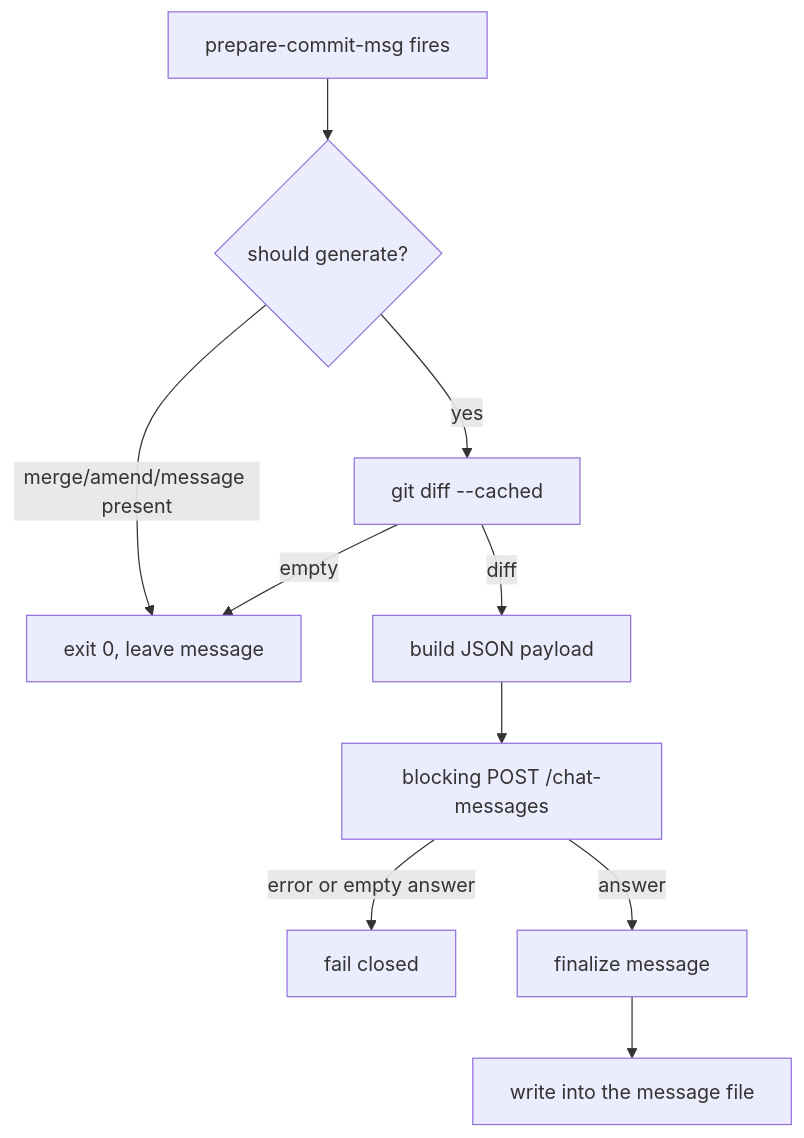
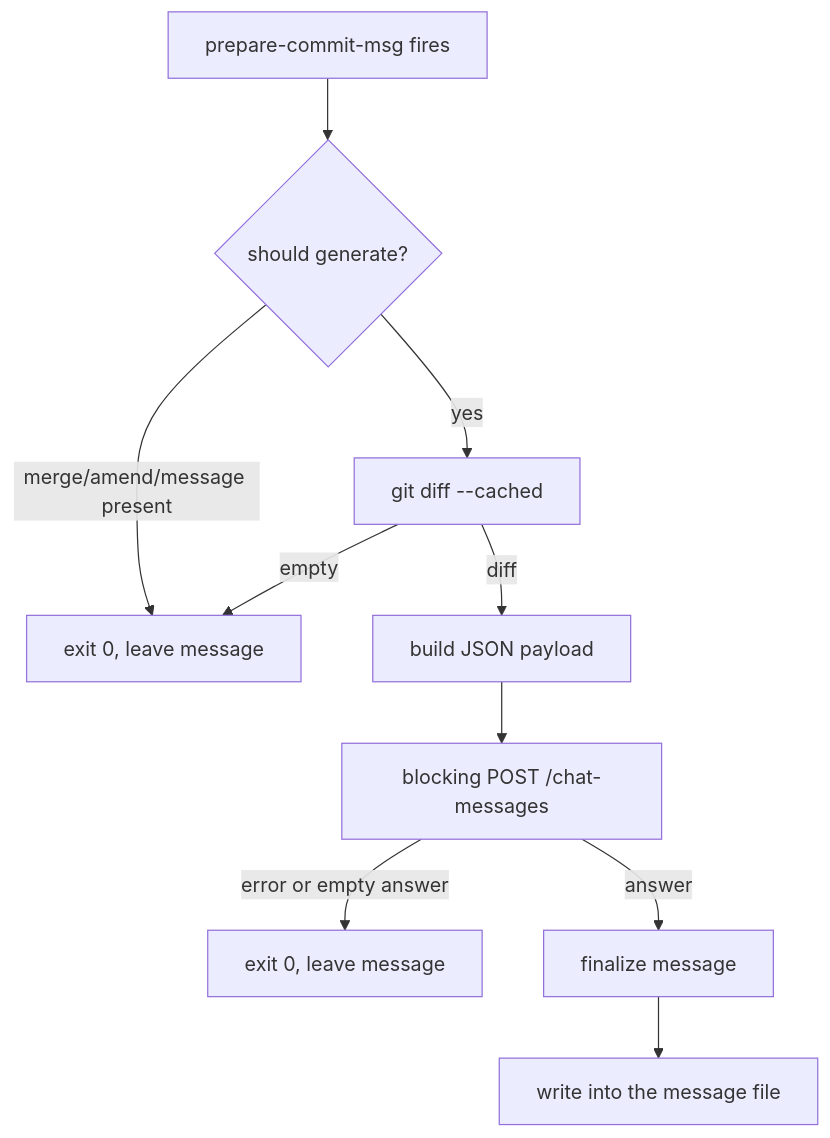
Before and after one commit to kami-lel/kaye-commit-sense: the diagram in CONTEXT.md, drawn with Mermaid. The commit also changed other lines of this file and 2 other files, not shown here.

First line of the commit message:
flip hook policy fail-closed to fail-open; harden deps, verify

````diff
--- a/CONTEXT.md
+++ b/CONTEXT.md
@@ -109,12 +118,12 @@
 ```mermaid
 graph TD
   A[prepare-commit-msg fires] --> B{should generate?}
   B -- merge/amend/message present --> Z[exit 0, leave message]
   B -- yes --> C[git diff --cached]
   C -- empty --> Z
   C -- diff --> D[build JSON payload]
   D --> E[blocking POST /chat-messages]
-  E -- error or empty answer --> Y[fail closed]
+  E -- error or empty answer --> Y[exit 0, leave message]
   E -- answer --> F[finalize message]
   F --> G[write into the message file]
 ```
````
